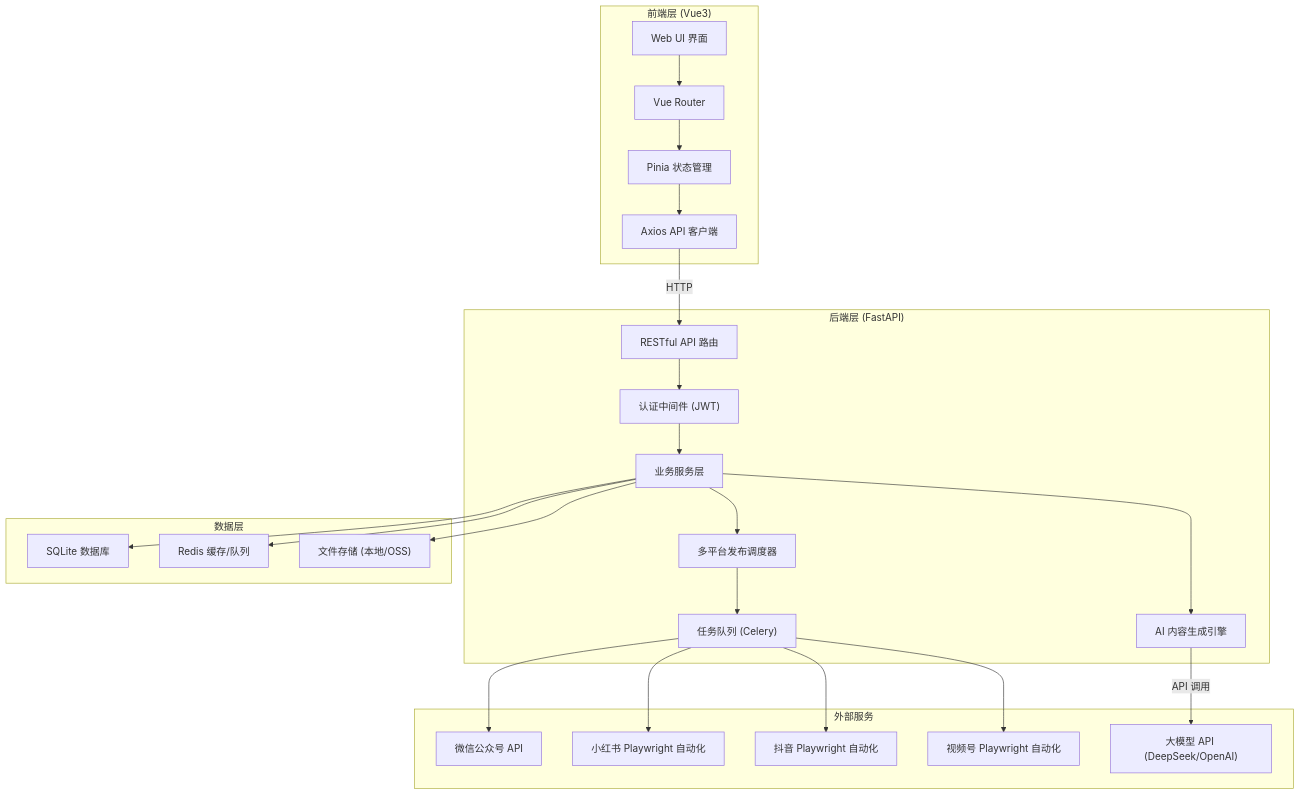
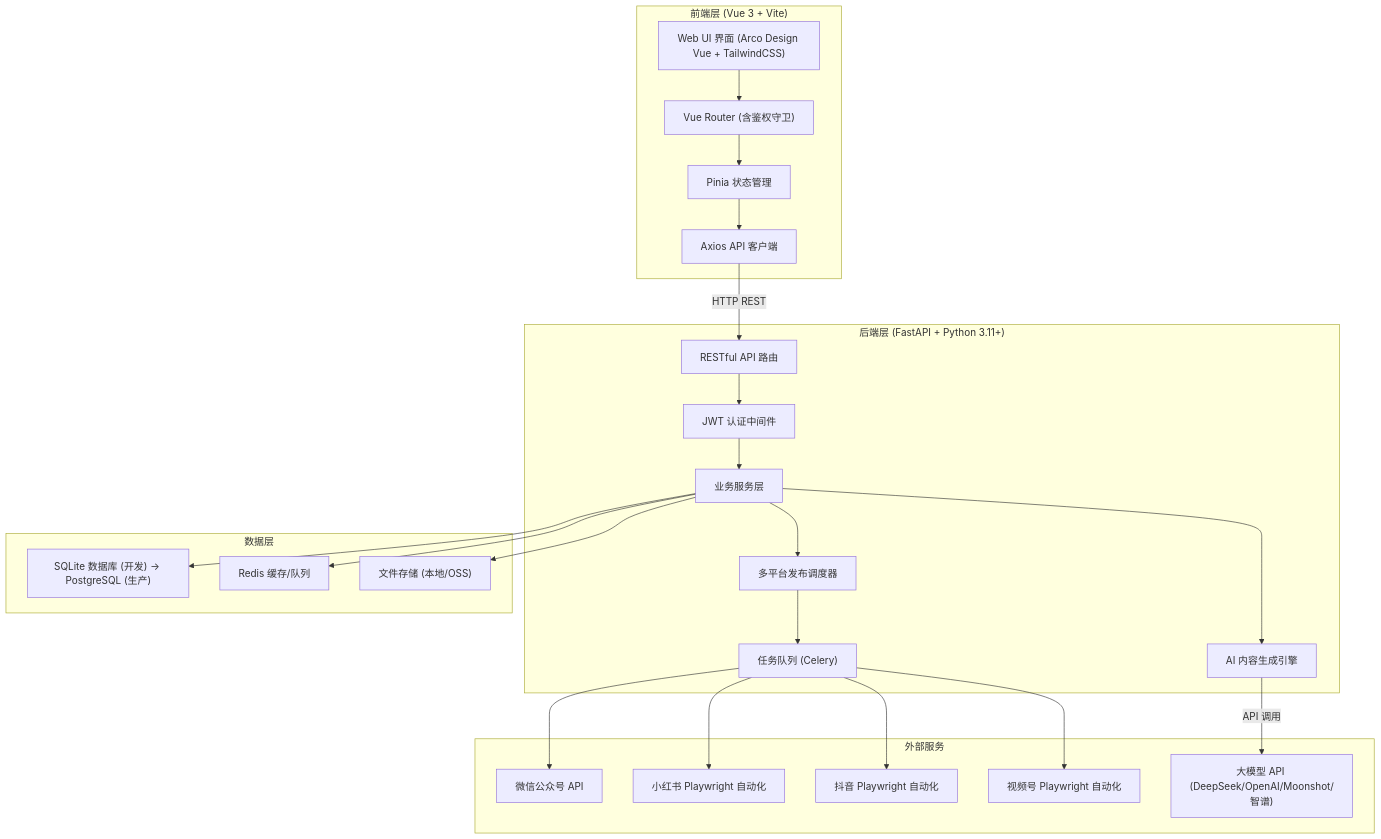
The first of 3 diagrams in .trae/documents/Technical-Architecture.md (zhangming123456/ai-multi-platform-release), drawn with Mermaid before and after one commit. The commit also changed other lines of this file and 1 other file, not shown here.

````diff
--- a/.trae/documents/Technical-Architecture.md
+++ b/.trae/documents/Technical-Architecture.md
@@ -3,50 +3,50 @@
 ```mermaid
 flowchart TB
-    subgraph Frontend["前端层 (Vue3)"]
-        UI["Web UI 界面"]
-        Router["Vue Router"]
+    subgraph Frontend["前端层 (Vue 3 + Vite)"]
+        UI["Web UI 界面 (Arco Design Vue + TailwindCSS)"]
+        Router["Vue Router (含鉴权守卫)"]
         Store["Pinia 状态管理"]
         APIClient["Axios API 客户端"]
     end
 
-    subgraph Backend["后端层 (FastAPI)"]
+    subgraph Backend["后端层 (FastAPI + Python 3.11+)"]
         API["RESTful API 路由"]
-        Auth["认证中间件 (JWT)"]
+        Auth["JWT 认证中间件"]
         Services["业务服务层"]
         AIEngine["AI 内容生成引擎"]
         Publisher["多平台发布调度器"]
         TaskQueue["任务队列 (Celery)"]
     end
 
     subgraph Data["数据层"]
-        DB["SQLite 数据库"]
+        DB["SQLite 数据库 (开发) → PostgreSQL (生产)"]
         Redis["Redis 缓存/队列"]
         FileStorage["文件存储 (本地/OSS)"]
     end
 
     subgraph External["外部服务"]
         WeChatAPI["微信公众号 API"]
         XHSAuto["小红书 Playwright 自动化"]
         DouyinAuto["抖音 Playwright 自动化"]
         VCAuto["视频号 Playwright 自动化"]
-        LLM["大模型 API (DeepSeek/OpenAI)"]
+        LLM["大模型 API (DeepSeek/OpenAI/Moonshot/智谱)"]
     end
 
     UI --> Router
     Router --> Store
     Store --> APIClient
-    APIClient -->|HTTP| API
+    APIClient -->|HTTP REST| API
     API --> Auth
     Auth --> Services
     Services --> AIEngine
     Services --> Publisher
     AIEngine -->|API 调用| LLM
     Publisher --> TaskQueue
     TaskQueue --> WeChatAPI
     TaskQueue --> XHSAuto
     TaskQueue --> DouyinAuto
     TaskQueue --> VCAuto
     Services --> DB
     Services --> Redis
     Services --> FileStorage
 ```
````
